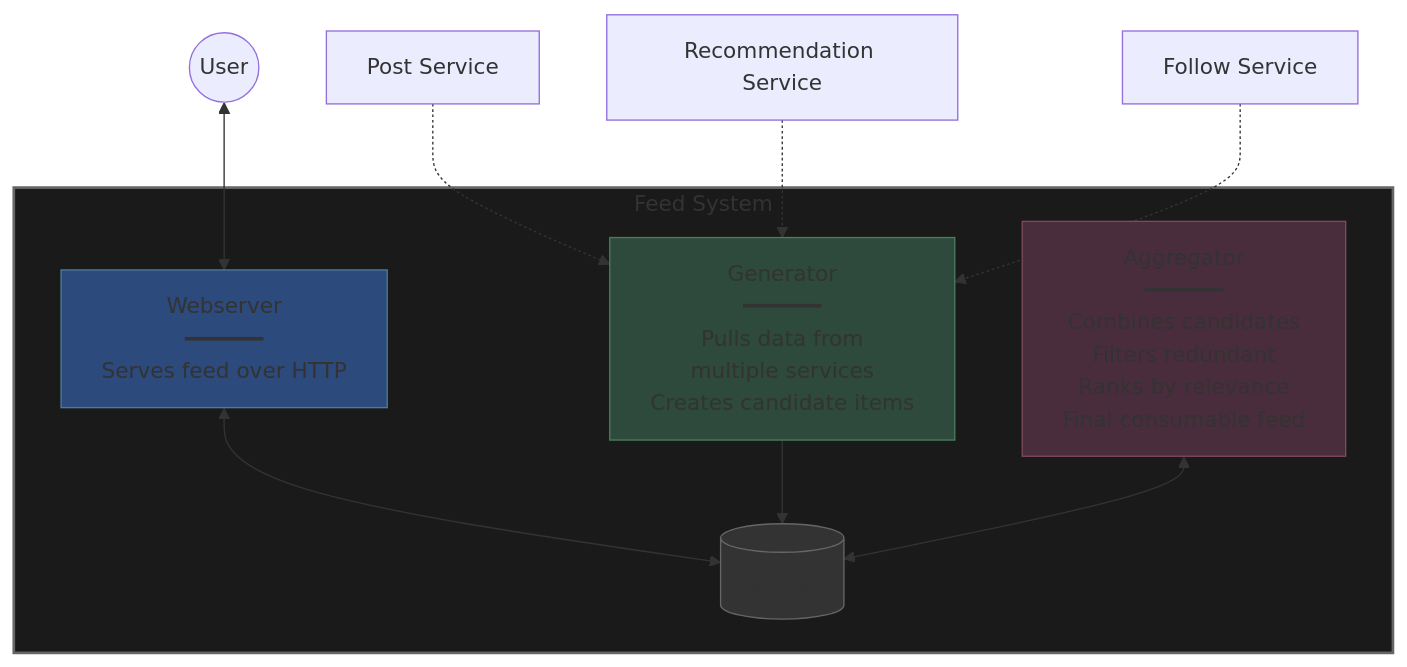
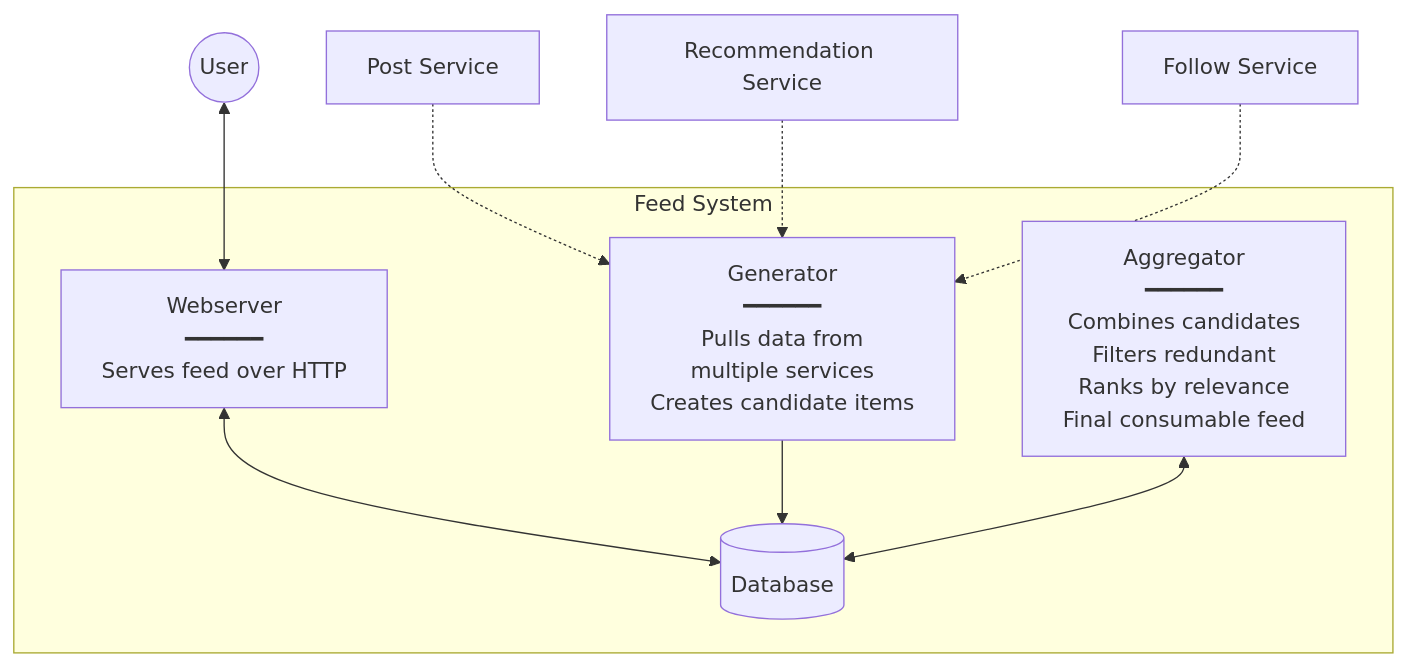
Before and after one commit to Yash-Kavaiya/The-System-Design-Masterclass: the second of 3 diagrams in system design beginner/4. How do you evaluate that you have built a good system.md, drawn with Mermaid. The commit also changed other lines of this file, not shown here.

First line of the commit message:
Remove style definitions from system design diagram

````diff
--- a/system design beginner/4. How do you evaluate that you have built a good system.md
+++ b/system design beginner/4. How do you evaluate that you have built a good system.md
@@ -67,25 +65,20 @@
 ```mermaid
 graph TB
     User((User)) <--> WS[Webserver<br/>━━━━━━<br/>Serves feed over HTTP]
     
     subgraph FeedSystem["Feed System"]
         WS <--> DB[(Database)]
         
         GEN[Generator<br/>━━━━━━<br/>Pulls data from<br/>multiple services<br/>Creates candidate items]
         
         AGG[Aggregator<br/>━━━━━━<br/>Combines candidates<br/>Filters redundant<br/>Ranks by relevance<br/>Final consumable feed]
         
         GEN --> DB
         AGG <--> DB
     end
     
     PostSvc[Post Service] -.-> GEN
     RecommendSvc[Recommendation Service] -.-> GEN
     FollowSvc[Follow Service] -.-> GEN
     
-    style FeedSystem fill:#1a1a1a,stroke:#666,stroke-width:2px
-    style DB fill:#333,stroke:#666
-    style WS fill:#2d4a7c,stroke:#4a7c9c
-    style GEN fill:#2d4a3c,stroke:#4a7c5c
-    style AGG fill:#4a2d3c,stroke:#7c4a5c
 ```
````
